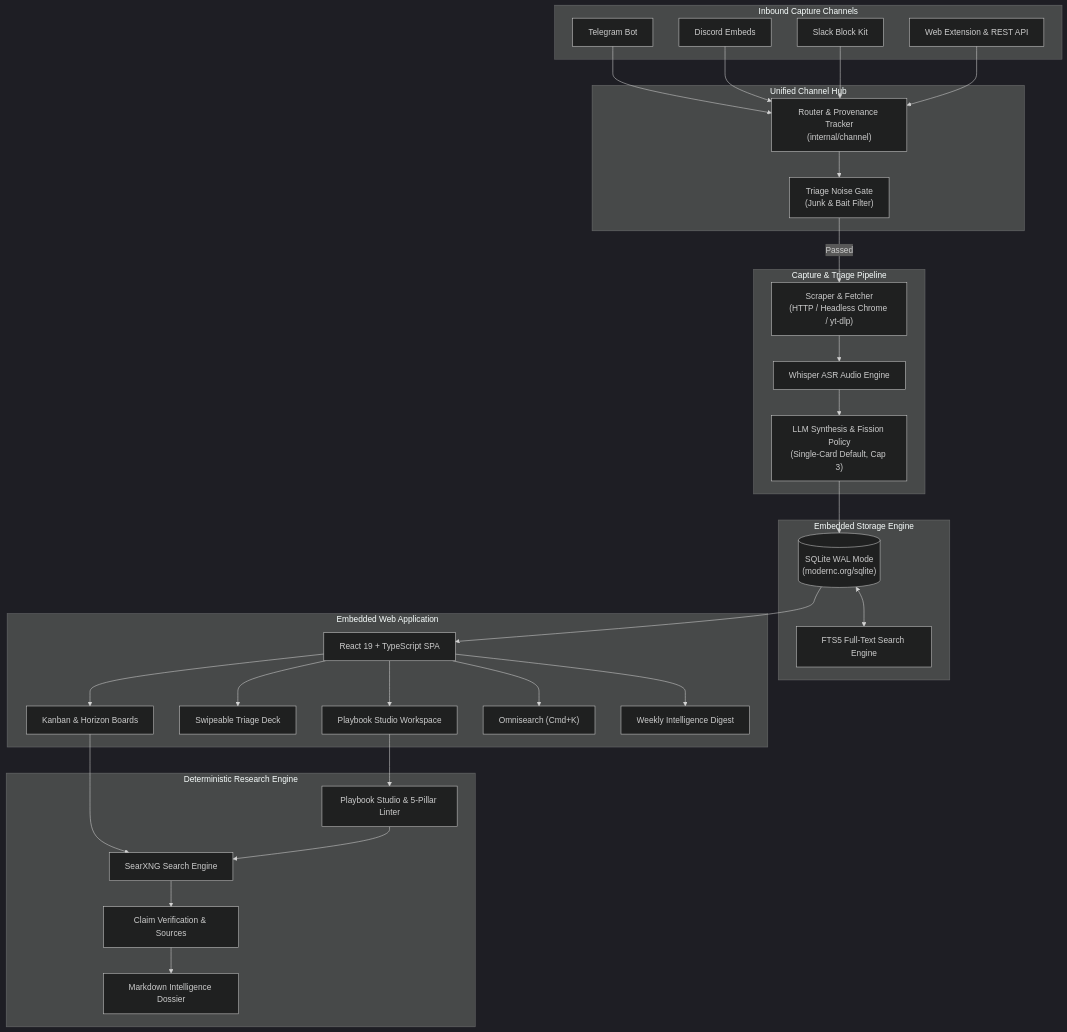
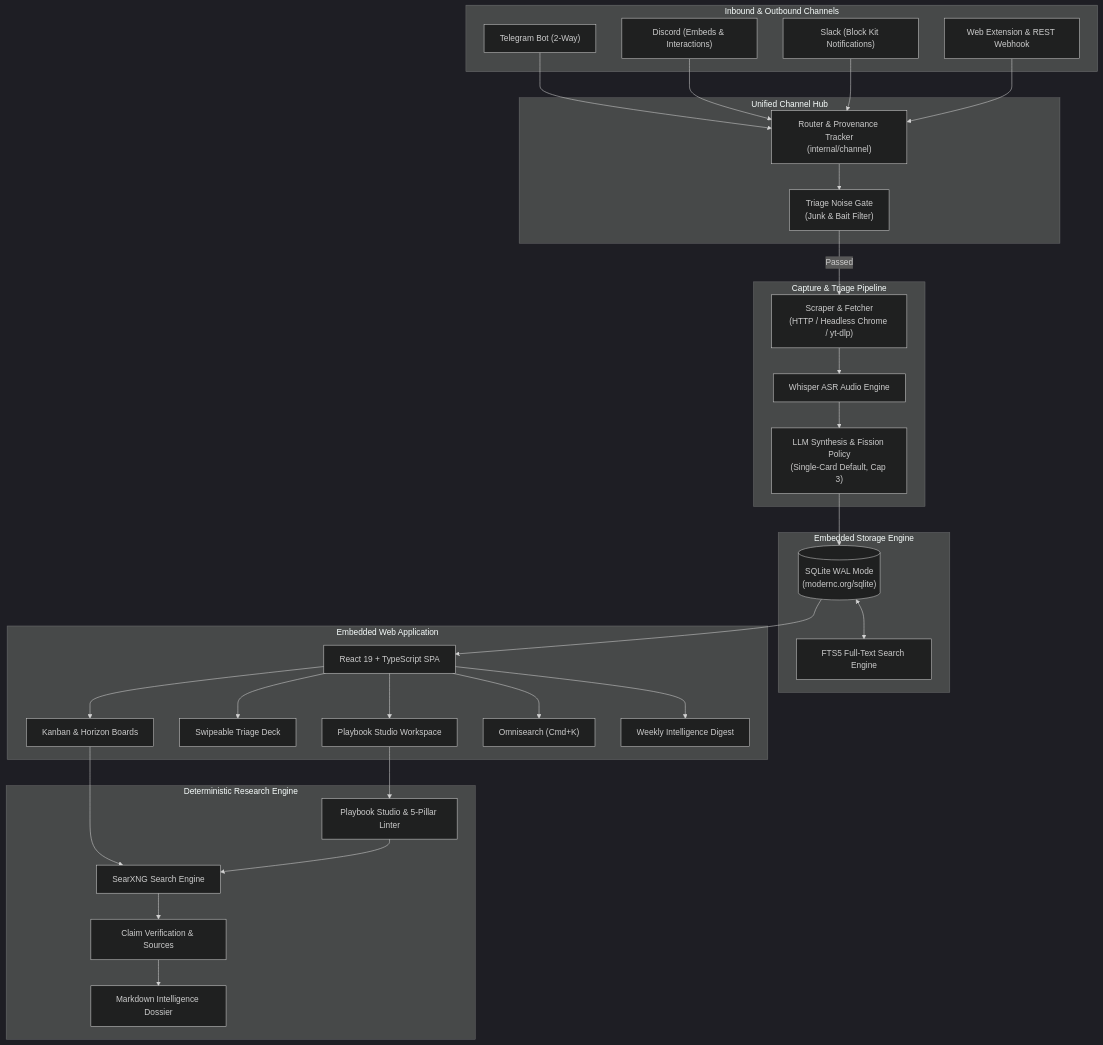
Before and after one commit to BurlacuAndrei/sparkkeep: the second of 3 diagrams in README.md, drawn with Mermaid (dark theme). The commit also changed other lines of this file and 3 other files, not shown here.

Commit message:
docs(integrations): clarify Slack outbound scope, rename Obsidian sync to export, and add extension instructions (#18)

````diff
--- a/README.md
+++ b/README.md
@@ -168,64 +168,64 @@
 ```mermaid
 flowchart TD
-    subgraph Inputs ["Inbound Capture Channels"]
-        TG["Telegram Bot"]
-        DC["Discord Embeds"]
-        SL["Slack Block Kit"]
-        WB["Web Extension & REST API"]
+    subgraph Inputs ["Inbound & Outbound Channels"]
+        TG["Telegram Bot (2-Way)"]
+        DC["Discord (Embeds & Interactions)"]
+        SL["Slack (Block Kit Notifications)"]
+        WB["Web Extension & REST Webhook"]
     end
 
     subgraph Hub ["Unified Channel Hub"]
         ROUTER["Router & Provenance Tracker<br/>(internal/channel)"]
         GATE["Triage Noise Gate<br/>(Junk & Bait Filter)"]
     end
 
     subgraph Pipeline ["Capture & Triage Pipeline"]
         SCRAPE["Scraper & Fetcher<br/>(HTTP / Headless Chrome / yt-dlp)"]
         ASR["Whisper ASR Audio Engine"]
         LLM["LLM Synthesis & Fission Policy<br/>(Single-Card Default, Cap 3)"]
     end
 
     subgraph Store ["Embedded Storage Engine"]
         SQLITE[("SQLite WAL Mode<br/>(modernc.org/sqlite)")]
         FTS["FTS5 Full-Text Search Engine"]
     end
 
     subgraph UI ["Embedded Web Application"]
         REACT["React 19 + TypeScript SPA"]
         KANBAN["Kanban & Horizon Boards"]
         TRIAGE["Swipeable Triage Deck"]
         STUDIO["Playbook Studio Workspace"]
         SEARCH["Omnisearch (Cmd+K)"]
         DIGEST["Weekly Intelligence Digest"]
     end
 
     subgraph Research ["Deterministic Research Engine"]
         PLAYBOOKS["Playbook Studio & 5-Pillar Linter"]
         SEARX["SearXNG Search Engine"]
         VERIFY["Claim Verification & Sources"]
         REPORT["Markdown Intelligence Dossier"]
     end
 
     TG --> ROUTER
     DC --> ROUTER
     SL --> ROUTER
     WB --> ROUTER
 
     ROUTER --> GATE
     GATE -->|Passed| SCRAPE
     SCRAPE --> ASR
     ASR --> LLM
     LLM --> SQLITE
     SQLITE <--> FTS
     SQLITE --> REACT
     REACT --> KANBAN
     REACT --> TRIAGE
     REACT --> STUDIO
     REACT --> SEARCH
     REACT --> DIGEST
     STUDIO --> PLAYBOOKS
     KANBAN --> SEARX
     PLAYBOOKS --> SEARX
     SEARX --> VERIFY
     VERIFY --> REPORT
 ```
````
